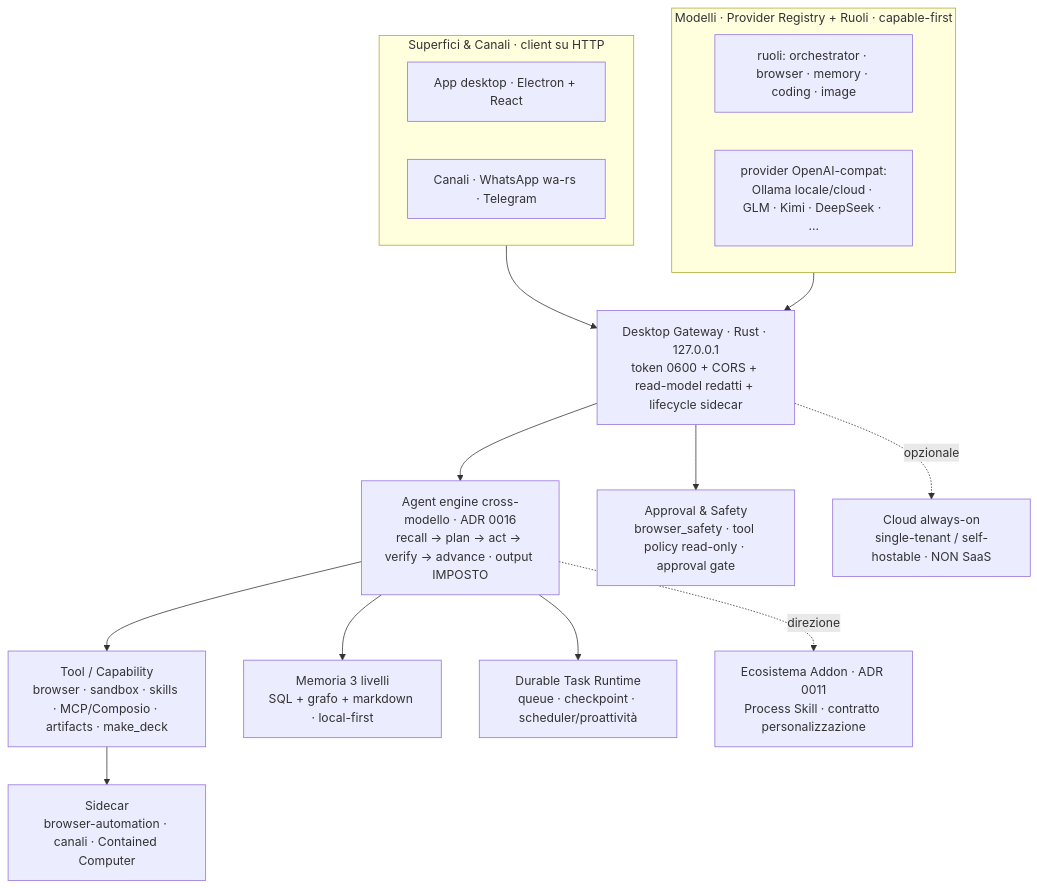
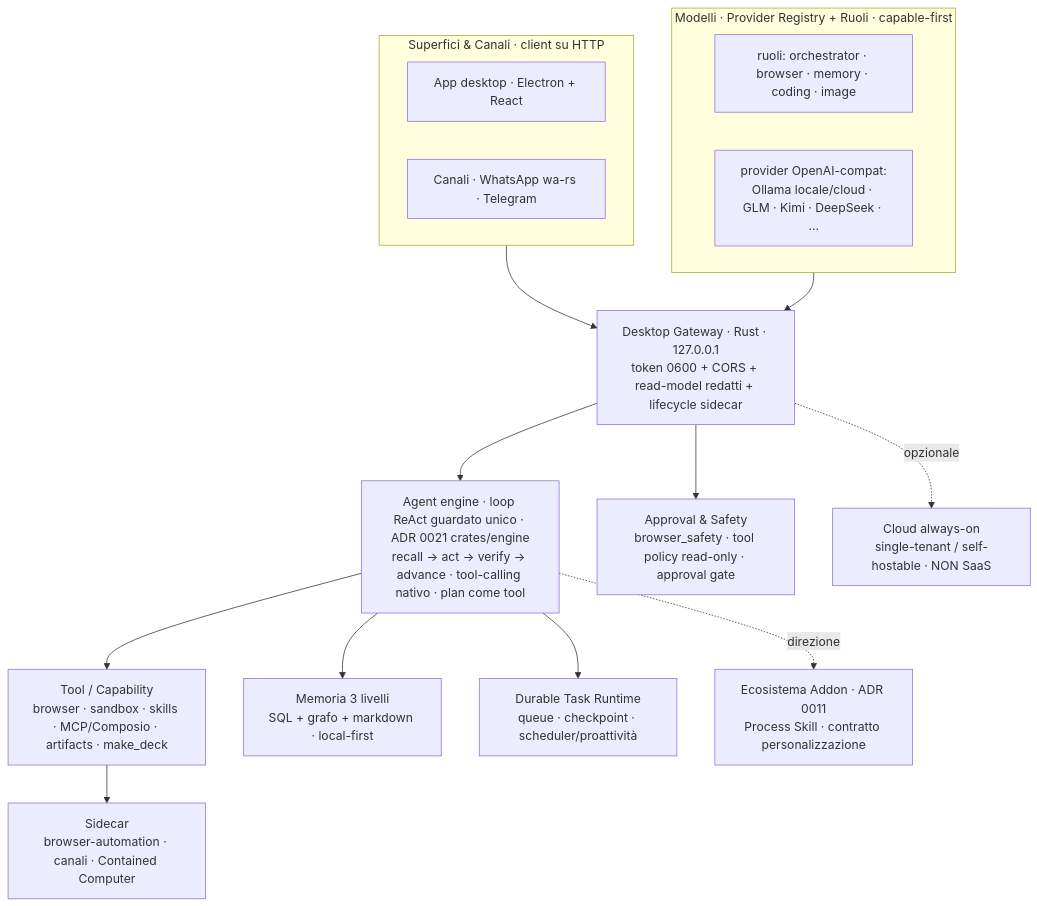
The diagram in docs/architecture/overview.md (homun-app/homun-core), drawn with Mermaid before and after one commit. The commit also changed other lines of this file and 8 other files, not shown here.

````diff
--- a/docs/architecture/overview.md
+++ b/docs/architecture/overview.md
@@ -16,22 +20,22 @@
 ```mermaid
 flowchart TD
   subgraph SURF[Superfici & Canali · client su HTTP]
     APP[App desktop · Electron + React]
     CH[Canali · WhatsApp wa-rs · Telegram]
   end
   subgraph MOD[Modelli · Provider Registry + Ruoli · capable-first]
     R[ruoli: orchestrator · browser · memory · coding · image]
     P[provider OpenAI-compat:<br/>Ollama locale/cloud · GLM · Kimi · DeepSeek · …]
   end
   SURF --> GW
   MOD --> GW
   GW[Desktop Gateway · Rust · 127.0.0.1<br/>token 0600 + CORS + read-model redatti + lifecycle sidecar]
-  GW --> ENG[Agent engine cross-modello · ADR 0016<br/>recall → plan → act → verify → advance · output IMPOSTO]
+  GW --> ENG[Agent engine · loop ReAct guardato unico · ADR 0021 crates/engine<br/>recall → act → verify → advance · tool-calling nativo · plan come tool]
   ENG --> CAP[Tool / Capability<br/>browser · sandbox · skills · MCP/Composio · artifacts · make_deck]
   ENG --> MEM[Memoria 3 livelli<br/>SQL + grafo + markdown · local-first]
   ENG --> TASK[Durable Task Runtime<br/>queue · checkpoint · scheduler/proattività]
   GW --> SAFE[Approval & Safety<br/>browser_safety · tool policy read-only · approval gate]
   CAP --> SIDE[Sidecar<br/>browser-automation · canali · Contained Computer]
   ENG -.direzione.-> ADDON[Ecosistema Addon · ADR 0011<br/>Process Skill · contratto personalizzazione]
   GW -.opzionale.-> CLOUD[Cloud always-on<br/>single-tenant / self-hostable · NON SaaS]
 ```
````
